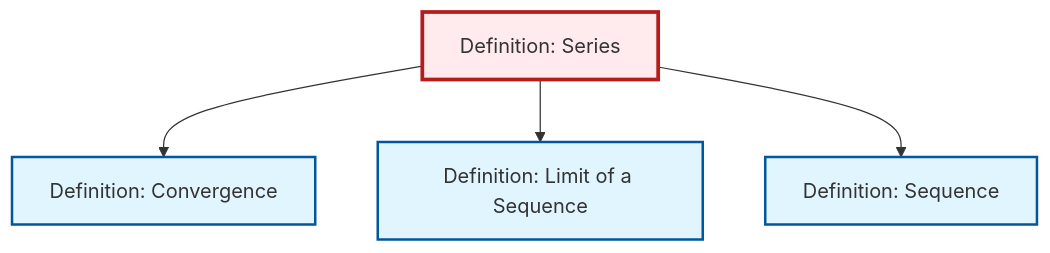
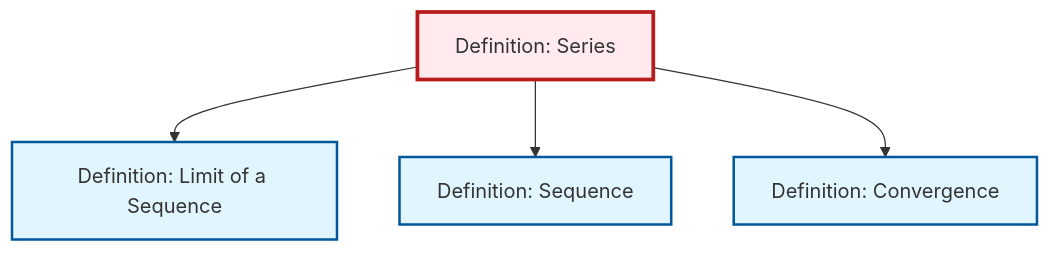
One commit to RK0429/ModernMath changed the diagram in content/ja/analysis/def-series.qmd. Above: the diagram before and after it, drawn with Mermaid. The commit also changed other lines of this file and 491 other files, not shown here.

````diff
--- a/content/ja/analysis/def-series.qmd
+++ b/content/ja/analysis/def-series.qmd
@@ -90,20 +90,20 @@
 ```{mermaid}
 %%| fig-cap: "Local dependency graph"
 graph TD
     classDef definition fill:#e1f5fe,stroke:#01579b,stroke-width:2px
     classDef theorem fill:#f3e5f5,stroke:#4a148c,stroke-width:2px
     classDef axiom fill:#fff3e0,stroke:#e65100,stroke-width:2px
     classDef example fill:#e8f5e9,stroke:#1b5e20,stroke-width:2px
     classDef current fill:#ffebee,stroke:#b71c1c,stroke-width:3px
+    def-series["Definition: Series"]:::definition
+    def-limit["Definition: Limit of a Sequence"]:::definition
+    def-convergence["Definition: Convergence"]:::definition
     def-sequence["Definition: Sequence"]:::definition
-    def-series["Definition: Series"]:::definition
-    def-convergence["Definition: Convergence"]:::definition
-    def-limit["Definition: Limit of a Sequence"]:::definition
-    def-series --> def-convergence
     def-series --> def-limit
     def-series --> def-sequence
+    def-series --> def-convergence
     class def-series current
+    click def-limit "def-limit.html" "Definition: Limit of a Sequenceへ"
+    click def-convergence "def-convergence.html" "Definition: Convergenceへ"
     click def-sequence "def-sequence.html" "Definition: Sequenceへ"
-    click def-convergence "def-convergence.html" "Definition: Convergenceへ"
-    click def-limit "def-limit.html" "Definition: Limit of a Sequenceへ"
 ```
````
